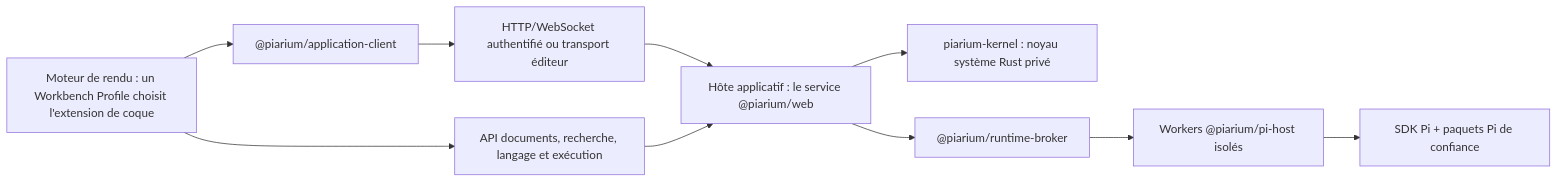
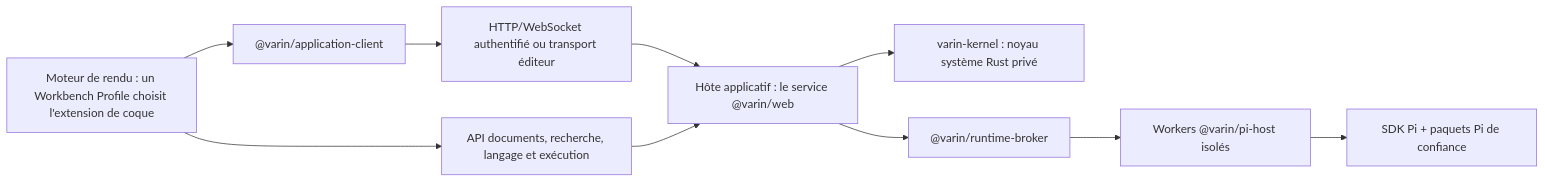
One commit to Youzini-afk/Piarium changed the diagram in .github/readme/README.fr.md. Above: the diagram before and after it, drawn with Mermaid. The commit also changed other lines of this file and 2274 other files, not shown here.

Commit message:
feat: rename Piarium to Varin across the product and runtime

````diff
--- a/.github/readme/README.fr.md
+++ b/.github/readme/README.fr.md
@@ -287,12 +287,12 @@
 ```mermaid
 flowchart LR
-    S["Moteur de rendu : un Workbench Profile choisit l'extension de coque"] --> C["@piarium/application-client"]
+    S["Moteur de rendu : un Workbench Profile choisit l'extension de coque"] --> C["@varin/application-client"]
     S --> D["API documents, recherche, langage et exécution"]
     C --> T["HTTP/WebSocket authentifié ou transport éditeur"]
-    T --> A["Hôte applicatif : le service @piarium/web"]
+    T --> A["Hôte applicatif : le service @varin/web"]
     D --> A
-    A --> K["piarium-kernel : noyau système Rust privé"]
-    A --> B["@piarium/runtime-broker"]
-    B --> H["Workers @piarium/pi-host isolés"]
+    A --> K["varin-kernel : noyau système Rust privé"]
+    A --> B["@varin/runtime-broker"]
+    B --> H["Workers @varin/pi-host isolés"]
     H --> P["SDK Pi + paquets Pi de confiance"]
 ```
````
